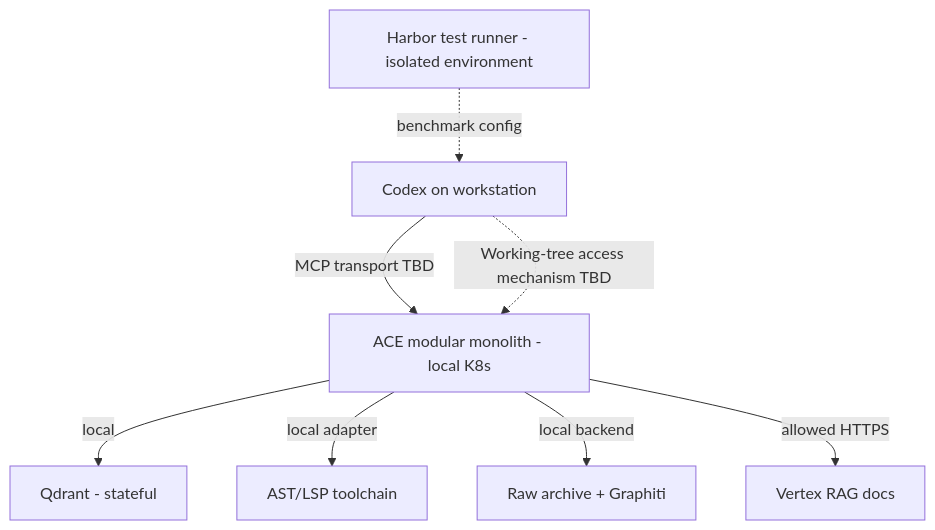
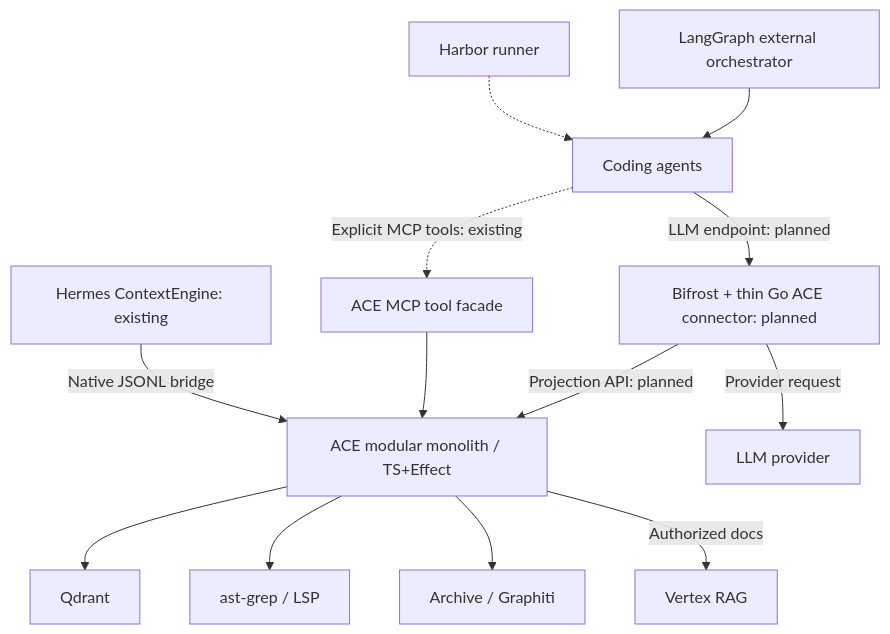
One commit to chris-madsen/Mult-agent-AI-Orchestration changed the diagram in docs/docs/architecture/05-contracts-and-deployment.md. Above: the diagram before and after it, drawn with Mermaid. The commit also changed other lines of this file and 4 other files, not shown here.

Commit message:
docs: align strategic diagrams, decision register and OpenSpec with Bifrost gateway

````diff
--- a/docs/docs/architecture/05-contracts-and-deployment.md
+++ b/docs/docs/architecture/05-contracts-and-deployment.md
@@ -114,10 +116,15 @@
 ```mermaid
 flowchart TB
-  C["Codex on workstation"] -->|MCP transport TBD| A["ACE modular monolith - local K8s"]
-  A -->|local| Q["Qdrant - stateful"]
-  A -->|local adapter| T["AST/LSP toolchain"]
-  A -->|local backend| G["Raw archive + Graphiti"]
-  A -->|allowed HTTPS| V["Vertex RAG docs"]
-  C -.->|Working-tree access mechanism TBD| A
-  H["Harbor test runner - isolated environment"] -.->|benchmark config| C
+  LG["LangGraph external orchestrator"] --> AG["Coding agents"]
+  AG -->|"LLM endpoint: planned"| BF["Bifrost + thin Go ACE connector: planned"]
+  BF -->|"Projection API: planned"| ACE["ACE modular monolith / TS+Effect"]
+  BF -->|"Provider request"| LLM["LLM provider"]
+  AG -.->|"Explicit MCP tools: existing"| MCP["ACE MCP tool facade"]
+  MCP --> ACE
+  HE["Hermes ContextEngine: existing"] -->|"Native JSONL bridge"| ACE
+  ACE --> Q["Qdrant"]
+  ACE --> T["ast-grep / LSP"]
+  ACE --> G["Archive / Graphiti"]
+  ACE -->|"Authorized docs"| V["Vertex RAG"]
+  H["Harbor runner"] -.-> AG
 ```
````
